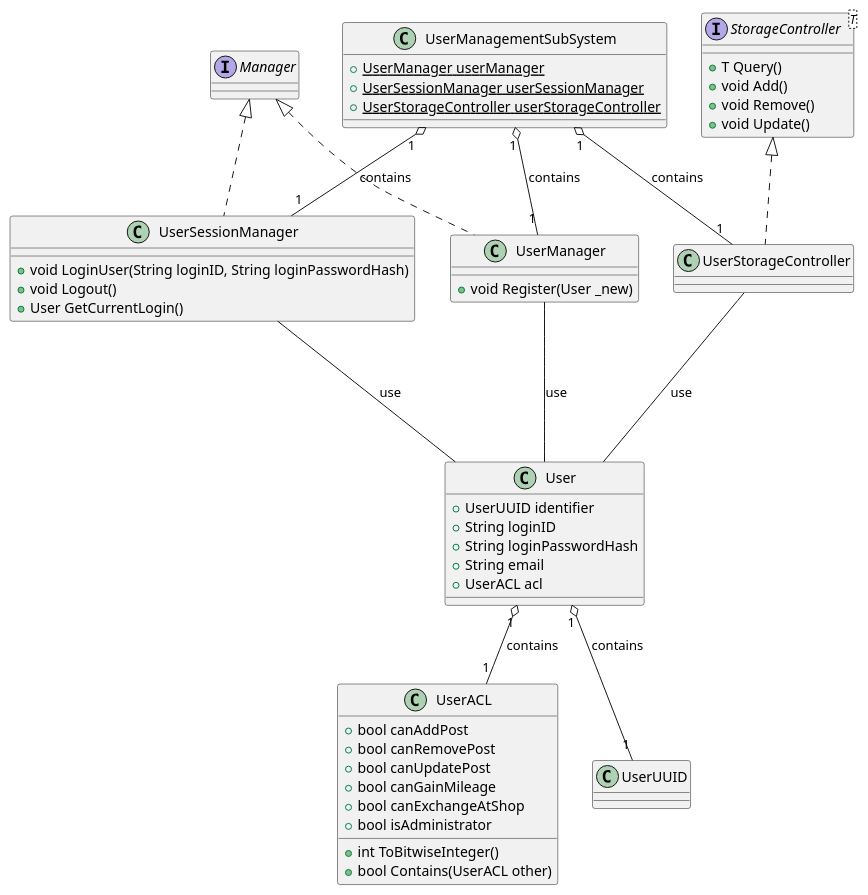
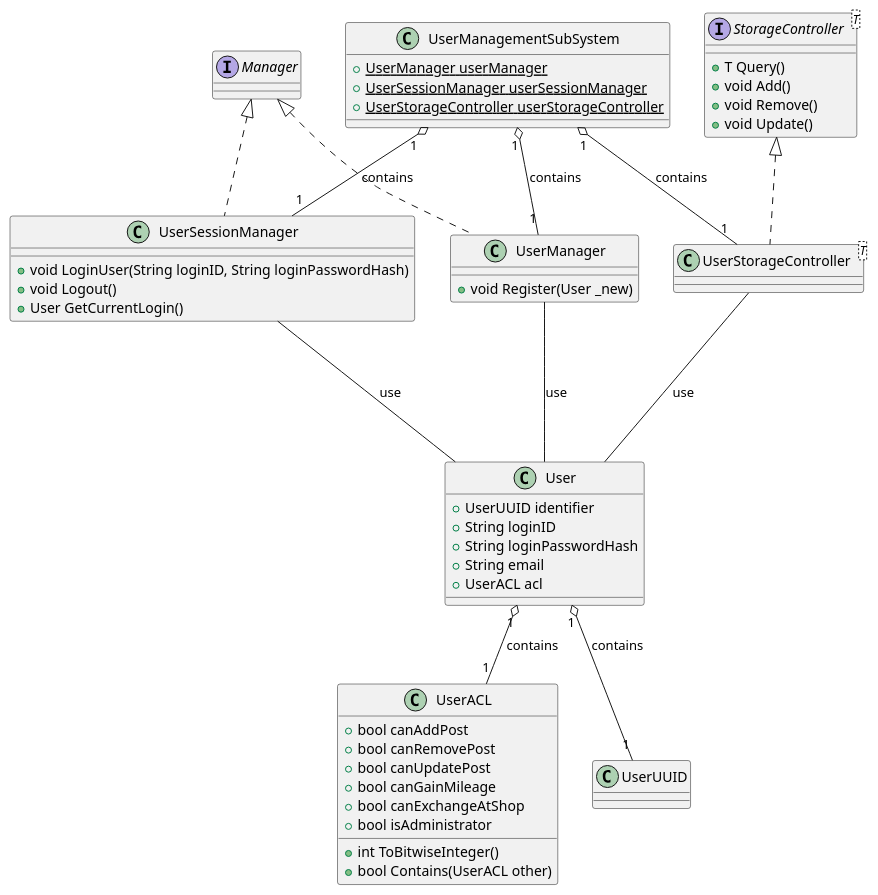
Before and after one commit to ShapeLayer/se-lecture-task__project-structure-definitions: the diagram in src/UserManagement.puml, drawn with PlantUML. The commit also changed 15 other files, not shown here.

```diff
--- a/src/UserManagement.puml
+++ b/src/UserManagement.puml
@@ -1,58 +1,58 @@
 @startuml
 Interface Manager
 Interface StorageController<T> {
     + T Query()
     + void Add()
     + void Remove()
     + void Update()
 }
 
 class UserACL {
     + bool canAddPost
     + bool canRemovePost
     + bool canUpdatePost
     + bool canGainMileage
     + bool canExchangeAtShop
     + bool isAdministrator
     + int ToBitwiseInteger()
     + bool Contains(UserACL other)
 }
 
 class User {
     + UserUUID identifier
     + String loginID
     + String loginPasswordHash
     + String email
     + UserACL acl
 }
 
 class UserManager implements Manager {
     + void Register(User _new)
 }
 UserManager --- User : use
 
 class UserSessionManager implements Manager {
     + void LoginUser(String loginID, String loginPasswordHash)
     + void Logout()
     + User GetCurrentLogin()
 }
 UserSessionManager --- User : use
 
-class UserStorageController implements StorageController {}
+class UserStorageController<T> implements StorageController {}
 UserStorageController --- User : use
 
 User "1" o-- "1" UserUUID : contains
 User "1" o-- "1" UserACL : contains
 
 ' User Management SubSystem
 
 class UserManagementSubSystem {
     + {static} UserManager userManager
     + {static} UserSessionManager userSessionManager
     + {static} UserStorageController userStorageController
 }
 
 UserManagementSubSystem "1" o-- "1" UserManager : contains
 UserManagementSubSystem "1" o-- "1" UserSessionManager : contains
 UserManagementSubSystem "1" o-- "1" UserStorageController : contains
 @enduml
```
